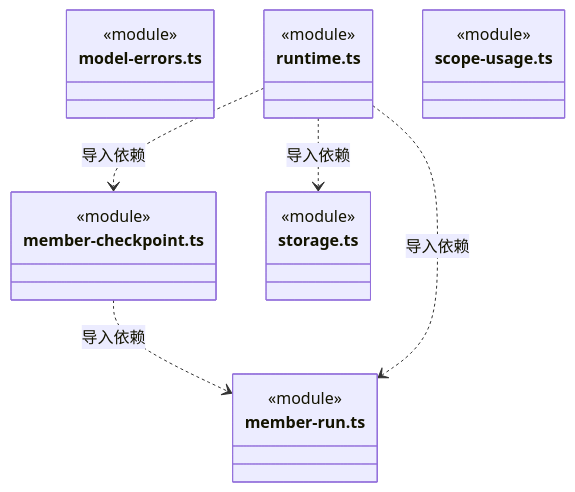
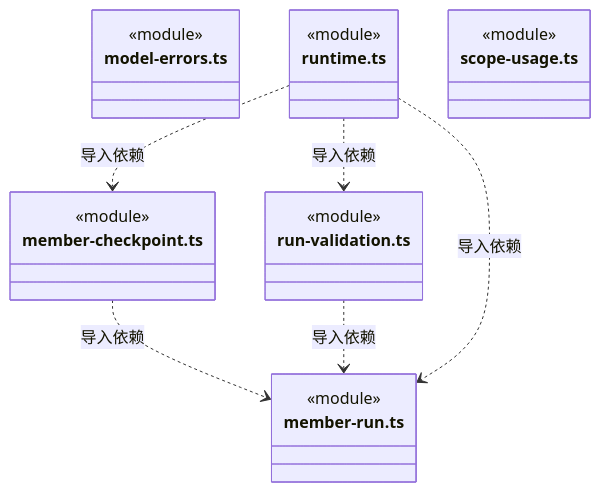
One commit to nan023062/cbim changed the second of 11 diagrams in src/backend/core/brain/ARCHITECTURE.md. Above: the diagram before and after it, drawn with Mermaid. The commit also changed other lines of this file and 72 other files, not shown here.

````diff
--- a/src/backend/core/brain/ARCHITECTURE.md
+++ b/src/backend/core/brain/ARCHITECTURE.md
@@ -55,25 +56,26 @@
 ```mermaid
 classDiagram
 class N_src_backend_core_brain_member_checkpoint_ts["member-checkpoint.ts"] {
   <<module>>
 }
 class N_src_backend_core_brain_member_run_ts["member-run.ts"] {
   <<module>>
 }
 class N_src_backend_core_brain_model_errors_ts["model-errors.ts"] {
   <<module>>
 }
+class N_src_backend_core_brain_run_validation_ts["run-validation.ts"] {
+  <<module>>
+}
 class N_src_backend_core_brain_runtime_ts["runtime.ts"] {
   <<module>>
 }
 class N_src_backend_core_brain_scope_usage_ts["scope-usage.ts"] {
   <<module>>
 }
-class N_src_backend_core_brain_storage_ts["storage.ts"] {
-  <<module>>
-}
 N_src_backend_core_brain_member_checkpoint_ts ..> N_src_backend_core_brain_member_run_ts : 导入依赖
-N_src_backend_core_brain_runtime_ts ..> N_src_backend_core_brain_storage_ts : 导入依赖
+N_src_backend_core_brain_run_validation_ts ..> N_src_backend_core_brain_member_run_ts : 导入依赖
 N_src_backend_core_brain_runtime_ts ..> N_src_backend_core_brain_member_checkpoint_ts : 导入依赖
+N_src_backend_core_brain_runtime_ts ..> N_src_backend_core_brain_run_validation_ts : 导入依赖
 N_src_backend_core_brain_runtime_ts ..> N_src_backend_core_brain_member_run_ts : 导入依赖
 ```
````
